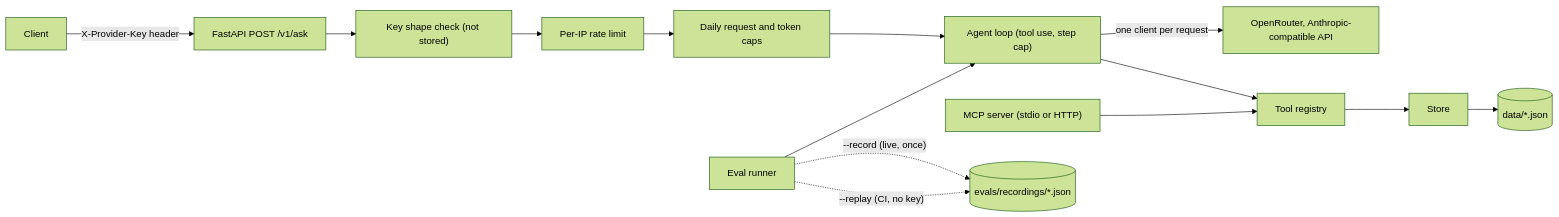
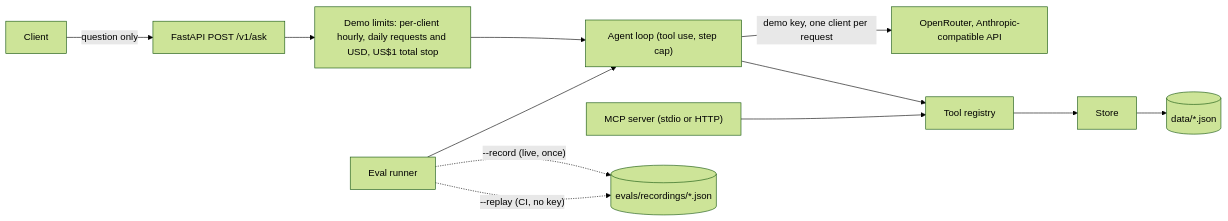
The diagram in README.md (jdgafx/company-ops-agent), drawn with Mermaid (forest theme) before and after one commit. The commit also changed other lines of this file and 8 other files, not shown here.

First line of the commit message:
SW.1: remove bring-your-own-key; the demo key serves every question

````diff
--- a/README.md
+++ b/README.md
@@ -9,16 +9,14 @@
 ```mermaid
 flowchart LR
-    client[Client] -->|X-Provider-Key header| ask["FastAPI POST /v1/ask"]
-    ask --> keycheck["Key shape check (not stored)"]
-    keycheck --> rate["Per-IP rate limit"]
-    rate --> daily["Daily request and token caps"]
-    daily --> loop["Agent loop (tool use, step cap)"]
-    loop -->|one client per request| model["OpenRouter, Anthropic-compatible API"]
+    client[Client] -->|question only| ask["FastAPI POST /v1/ask"]
+    ask --> demo["Demo limits: per-client hourly, daily requests and USD, US$1 total stop"]
+    demo --> loop["Agent loop (tool use, step cap)"]
+    loop -->|demo key, one client per request| model["OpenRouter, Anthropic-compatible API"]
     loop --> reg["Tool registry"]
     reg --> store["Store"]
     store --> data[("data/*.json")]
     mcp["MCP server (stdio or HTTP)"] --> reg
     evals["Eval runner"] --> loop
     evals -. "--record (live, once)" .-> rec[("evals/recordings/*.json")]
     evals -. "--replay (CI, no key)" .-> rec
 ```
````
